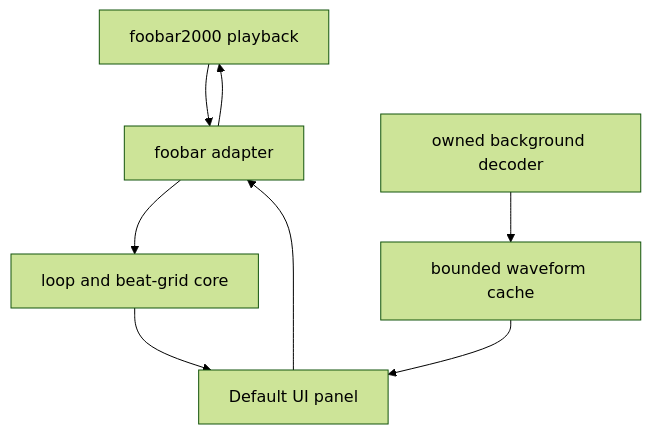
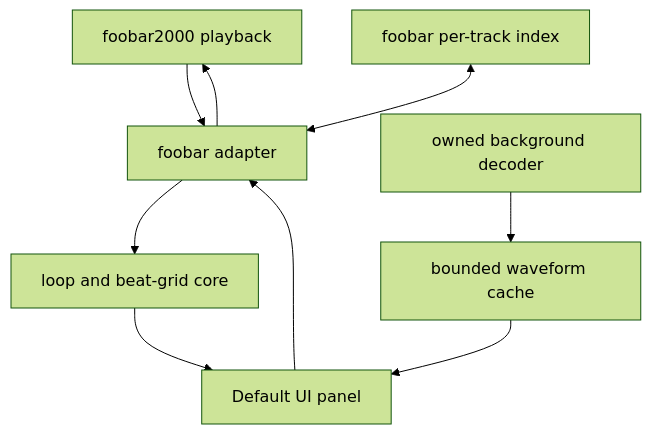
One commit to ysitbon/foo-loop-finder changed the diagram in docs/ARCHITECTURE.md. Above: the diagram before and after it, drawn with Mermaid (forest theme). The commit also changed other lines of this file and 16 other files, not shown here.

````diff
--- a/docs/ARCHITECTURE.md
+++ b/docs/ARCHITECTURE.md
@@ -12,10 +12,11 @@
 ```mermaid
 flowchart TD
     FB["foobar2000 playback"] --> Adapter["foobar adapter"]
     Adapter --> Core["loop and beat-grid core"]
+    Store["foobar per-track index"] <--> Adapter
     Decoder["owned background decoder"] --> Waveform["bounded waveform cache"]
     Core --> Panel["Default UI panel"]
     Waveform --> Panel
     Panel --> Adapter
     Adapter --> FB
 ```
````
